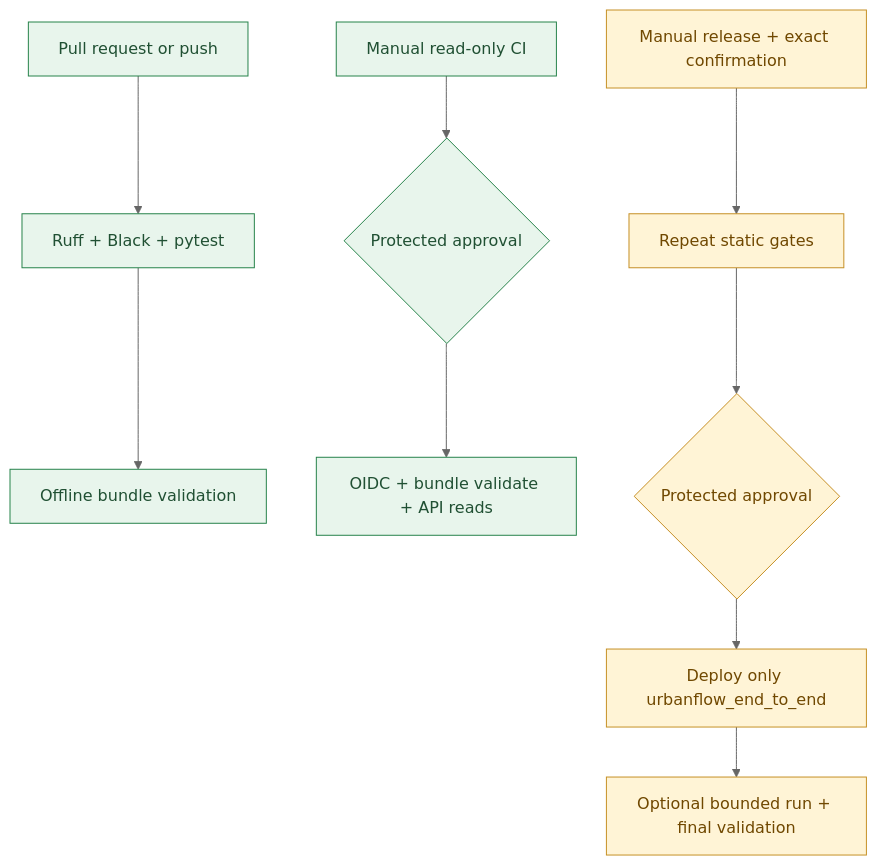
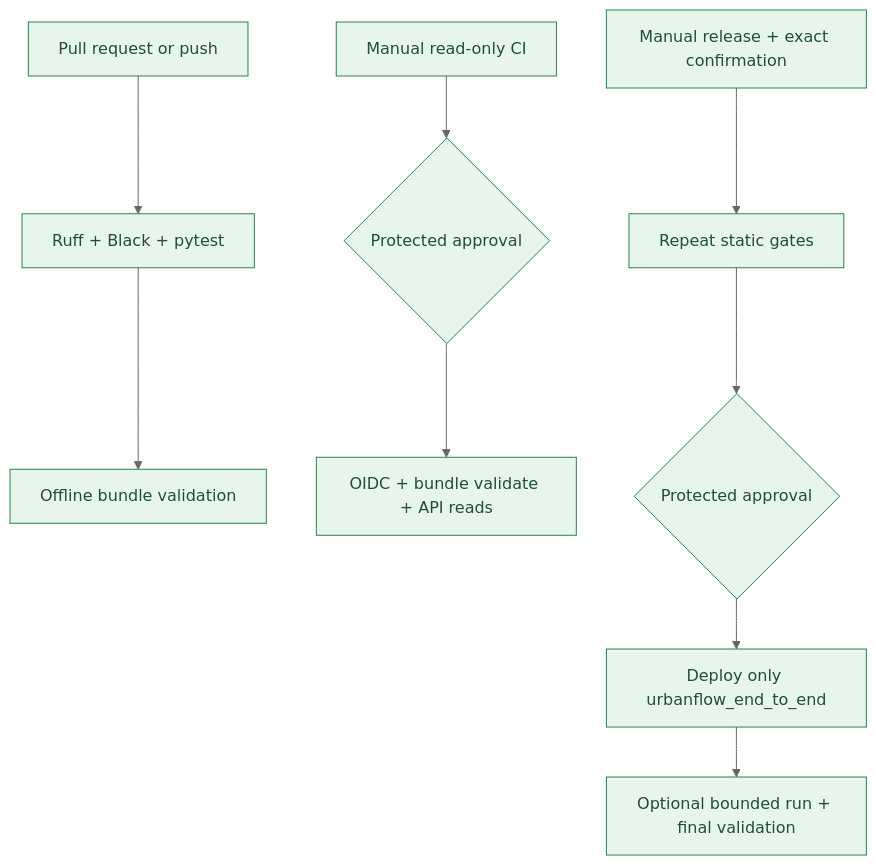
Before and after one commit to BadalovP/Databricks-Academy-Lakehouse: the fourth of 5 diagrams in Demos/Demo3/README.md, drawn with Mermaid (neutral theme). The commit also changed other lines of this file and 25 other files, not shown here.

````diff
--- a/Demos/Demo3/README.md
+++ b/Demos/Demo3/README.md
@@ -165,15 +166,15 @@
 ```mermaid
 flowchart TB
     PR["Pull request or push"] --> STATIC["Ruff + Black + pytest"]
     STATIC --> BUNDLE["Offline bundle validation"]
     MANUAL_READ["Manual read-only CI"] --> APPROVAL_READ{"Protected approval"}
     APPROVAL_READ --> CONTROL["OIDC + bundle validate + API reads"]
     RELEASE["Manual release + exact confirmation"] --> STATIC_RELEASE["Repeat static gates"]
     STATIC_RELEASE --> APPROVAL_RELEASE{"Protected approval"}
     APPROVAL_RELEASE --> SELECTED["Deploy only urbanflow_end_to_end"]
     SELECTED --> OPTIONAL["Optional bounded run + final validation"]
     classDef current fill:#e8f5ec,stroke:#27834b,color:#205033
     classDef future fill:#fff4d6,stroke:#c69026,color:#704800
     class PR,STATIC,BUNDLE,MANUAL_READ,APPROVAL_READ,CONTROL current
-    class RELEASE,STATIC_RELEASE,APPROVAL_RELEASE,SELECTED,OPTIONAL future
+    class RELEASE,STATIC_RELEASE,APPROVAL_RELEASE,SELECTED,OPTIONAL current
 ```
````
